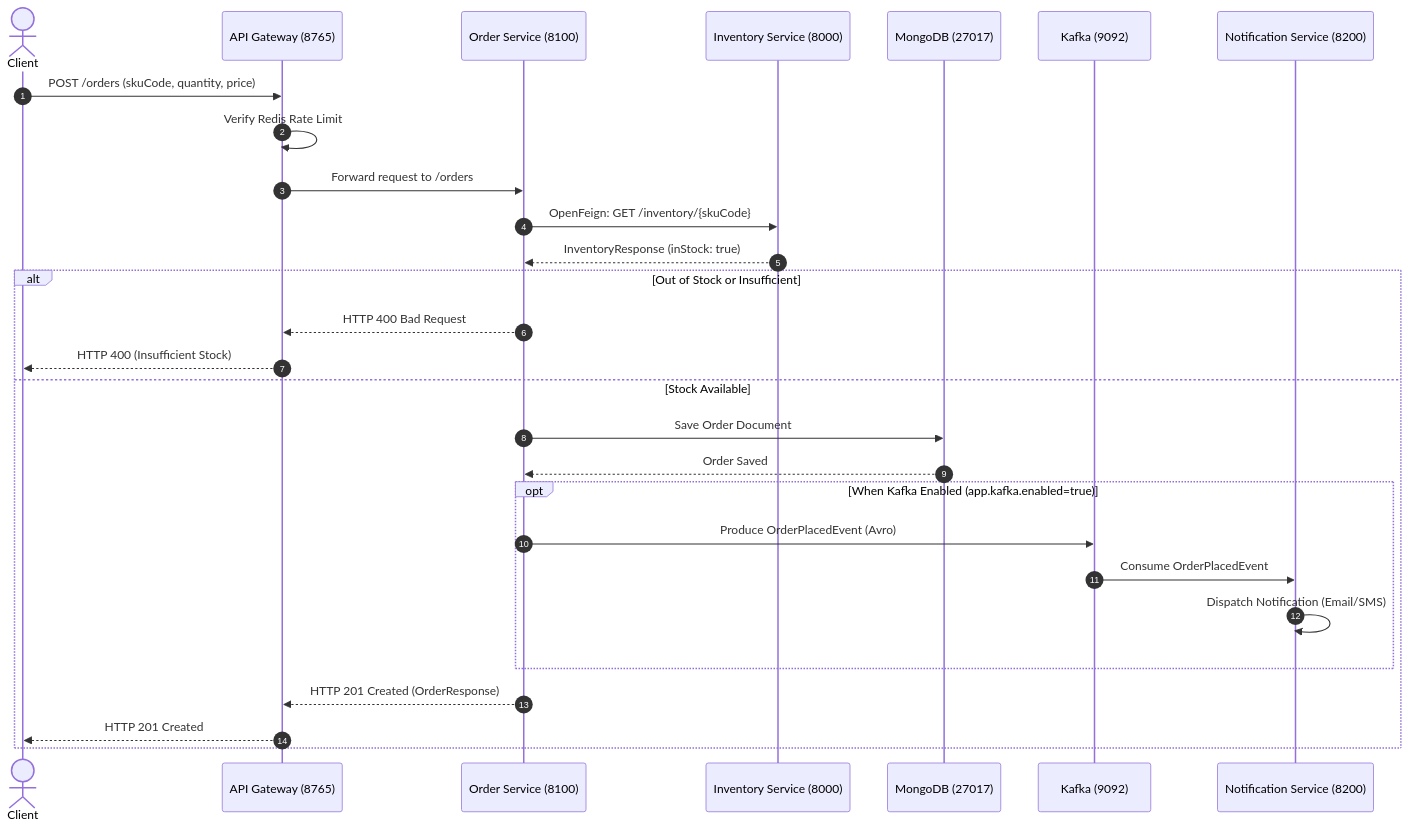
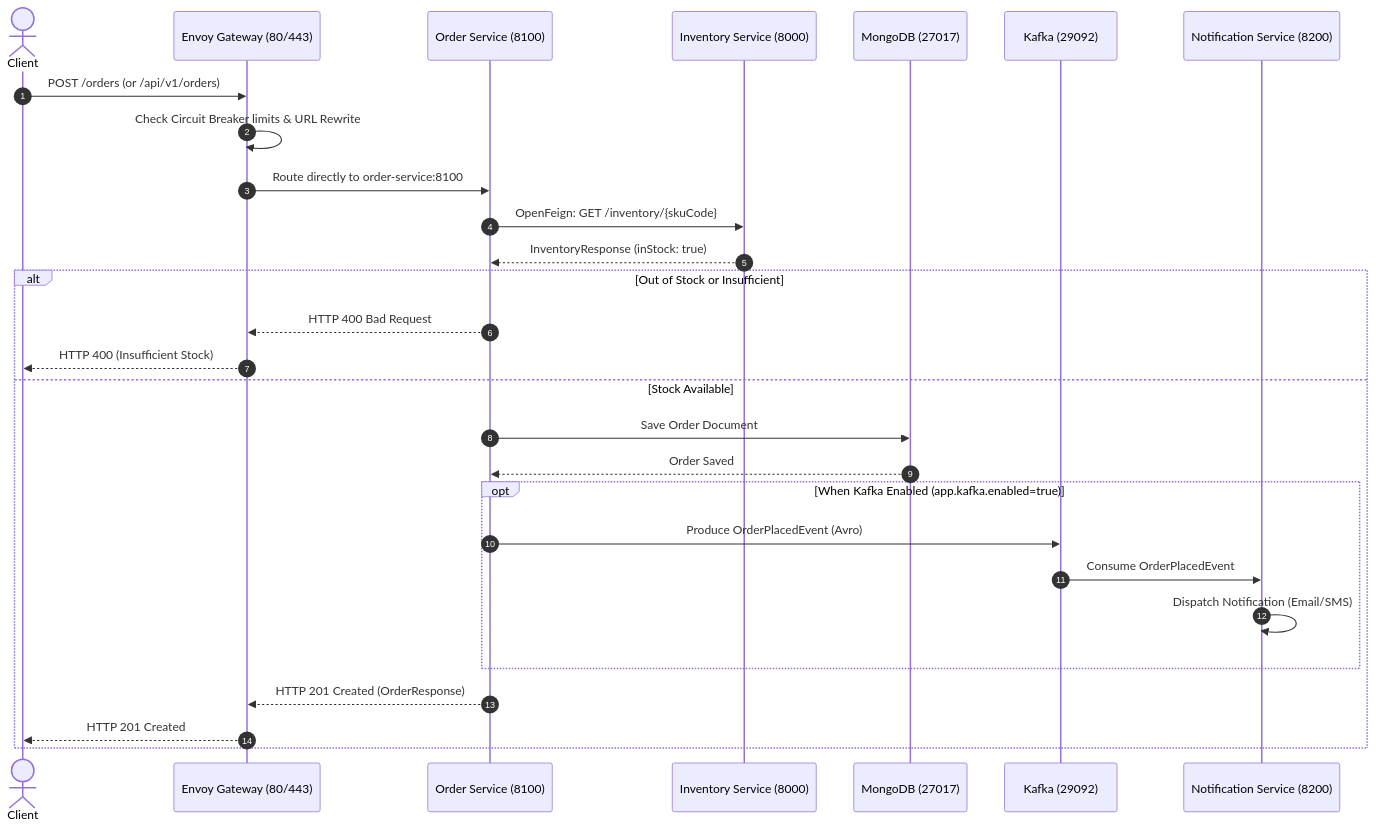
Before and after one commit to Charanraj-T/microservices: the second of 2 diagrams in README.md, drawn with Mermaid. The commit also changed other lines of this file and 61 other files, not shown here.

Commit message:
envoy gateway added

````diff
--- a/README.md
+++ b/README.md
@@ -81,35 +68,35 @@
 ```mermaid
 sequenceDiagram
     autonumber
     actor User as Client
-    participant GW as API Gateway (8765)
+    participant ENV as Envoy Gateway (80/443)
     participant ORD as Order Service (8100)
     participant INV as Inventory Service (8000)
     participant MGO as MongoDB (27017)
-    participant KFK as Kafka (9092)
+    participant KFK as Kafka (29092)
     participant NOTIF as Notification Service (8200)
 
-    User->>GW: POST /orders (skuCode, quantity, price)
-    GW->>GW: Verify Redis Rate Limit
-    GW->>ORD: Forward request to /orders
+    User->>ENV: POST /orders (or /api/v1/orders)
+    ENV->>ENV: Check Circuit Breaker limits & URL Rewrite
+    ENV->>ORD: Route directly to order-service:8100
     
     ORD->>INV: OpenFeign: GET /inventory/{skuCode}
     INV-->>ORD: InventoryResponse (inStock: true)
 
     alt Out of Stock or Insufficient
-        ORD-->>GW: HTTP 400 Bad Request
-        GW-->>User: HTTP 400 (Insufficient Stock)
+        ORD-->>ENV: HTTP 400 Bad Request
+        ENV-->>User: HTTP 400 (Insufficient Stock)
     else Stock Available
         ORD->>MGO: Save Order Document
         MGO-->>ORD: Order Saved
         
         opt When Kafka Enabled (app.kafka.enabled=true)
             ORD->>KFK: Produce OrderPlacedEvent (Avro)
             KFK->>NOTIF: Consume OrderPlacedEvent
             NOTIF->>NOTIF: Dispatch Notification (Email/SMS)
         end
 
-        ORD-->>GW: HTTP 201 Created (OrderResponse)
-        GW-->>User: HTTP 201 Created
+        ORD-->>ENV: HTTP 201 Created (OrderResponse)
+        ENV-->>User: HTTP 201 Created
     end
 ```
````
